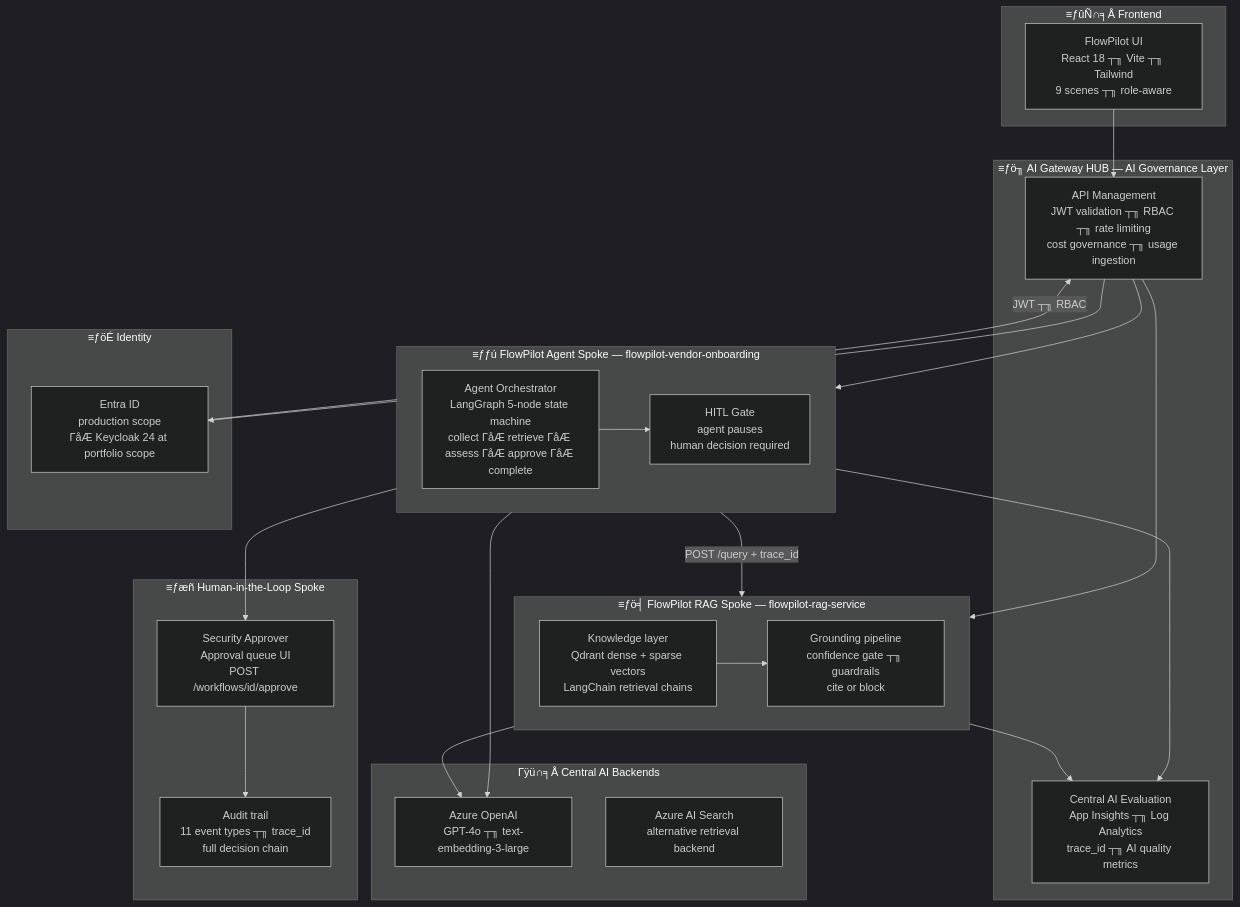
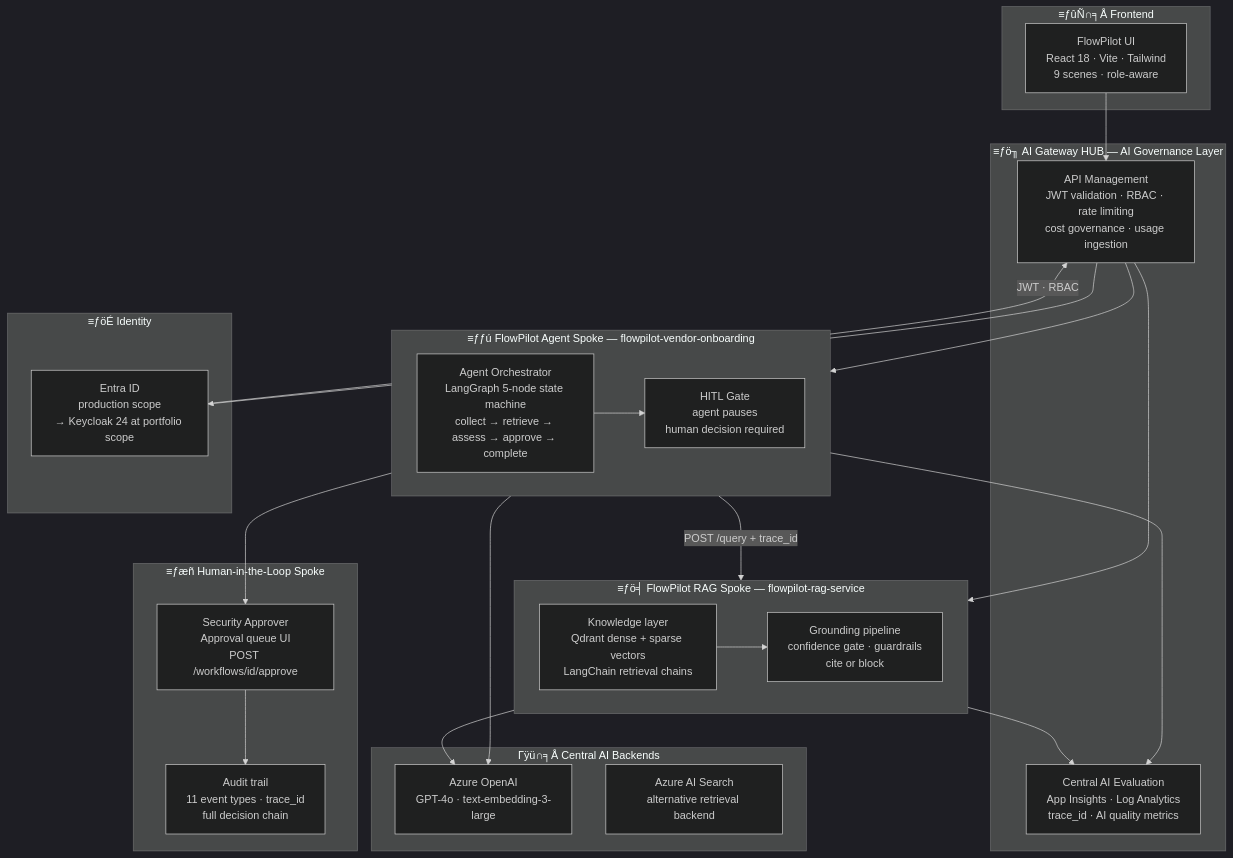
Before and after one commit to nitindra-soekhai/flowpilot-docs: the third of 4 diagrams in README.md, drawn with Mermaid (dark theme). The commit also changed other lines of this file, not shown here.

````diff
--- a/README.md
+++ b/README.md
@@ -290,56 +290,56 @@
 ```mermaid
 graph TD
 
     subgraph BACKENDS ["Γÿü∩╕Å Central AI Backends"]
-        OAI["Azure OpenAI\nGPT-4o ┬╖ text-embedding-3-large"]
+        OAI["Azure OpenAI\nGPT-4o · text-embedding-3-large"]
         AIS["Azure AI Search\nalternative retrieval backend"]
     end
 
     subgraph HUB ["≡ƒö╖ AI Gateway HUB — AI Governance Layer"]
-        APIM["API Management\nJWT validation ┬╖ RBAC ┬╖ rate limiting\ncost governance ┬╖ usage ingestion"]
-        EVAL["Central AI Evaluation\nApp Insights ┬╖ Log Analytics\ntrace_id ┬╖ AI quality metrics"]
+        APIM["API Management\nJWT validation · RBAC · rate limiting\ncost governance · usage ingestion"]
+        EVAL["Central AI Evaluation\nApp Insights · Log Analytics\ntrace_id · AI quality metrics"]
     end
 
     subgraph IAM ["≡ƒöÉ Identity"]
-        ENTRA["Entra ID\nproduction scope\nΓåÆ Keycloak 24 at portfolio scope"]
+        ENTRA["Entra ID\nproduction scope\n→ Keycloak 24 at portfolio scope"]
     end
 
     subgraph RAG_SPOKE ["≡ƒö╡ FlowPilot RAG Spoke — flowpilot-rag-service"]
         direction LR
         KNOWLEDGE["Knowledge layer\nQdrant dense + sparse vectors\nLangChain retrieval chains"]
-        GROUND["Grounding pipeline\nconfidence gate ┬╖ guardrails\ncite or block"]
+        GROUND["Grounding pipeline\nconfidence gate · guardrails\ncite or block"]
         KNOWLEDGE --> GROUND
     end
 
     subgraph AGENT_SPOKE ["≡ƒƒú FlowPilot Agent Spoke — flowpilot-vendor-onboarding"]
         direction LR
-        ORCH["Agent Orchestrator\nLangGraph 5-node state machine\ncollect ΓåÆ retrieve ΓåÆ assess ΓåÆ approve ΓåÆ complete"]
+        ORCH["Agent Orchestrator\nLangGraph 5-node state machine\ncollect → retrieve → assess → approve → complete"]
         HITL_NODE["HITL Gate\nagent pauses\nhuman decision required"]
         ORCH --> HITL_NODE
     end
 
     subgraph HITL_SPOKE ["≡ƒæñ Human-in-the-Loop Spoke"]
         APPROVER["Security Approver\nApproval queue UI\nPOST /workflows/id/approve"]
-        AUDIT["Audit trail\n11 event types ┬╖ trace_id\nfull decision chain"]
+        AUDIT["Audit trail\n11 event types · trace_id\nfull decision chain"]
     end
 
     subgraph FRONTEND ["≡ƒûÑ∩╕Å Frontend"]
-        UI["FlowPilot UI\nReact 18 ┬╖ Vite ┬╖ Tailwind\n9 scenes ┬╖ role-aware"]
+        UI["FlowPilot UI\nReact 18 · Vite · Tailwind\n9 scenes · role-aware"]
     end
 
     UI --> APIM
     APIM --> AGENT_SPOKE
     APIM --> RAG_SPOKE
     APIM --> ENTRA
 
     ORCH -- "POST /query + trace_id" --> GROUND
     ORCH --> OAI
     KNOWLEDGE --> OAI
 
     HITL_NODE --> APPROVER
     APPROVER --> AUDIT
 
     RAG_SPOKE --> EVAL
     AGENT_SPOKE --> EVAL
-    ENTRA -- "JWT ┬╖ RBAC" --> APIM
+    ENTRA -- "JWT · RBAC" --> APIM
 ```
````
